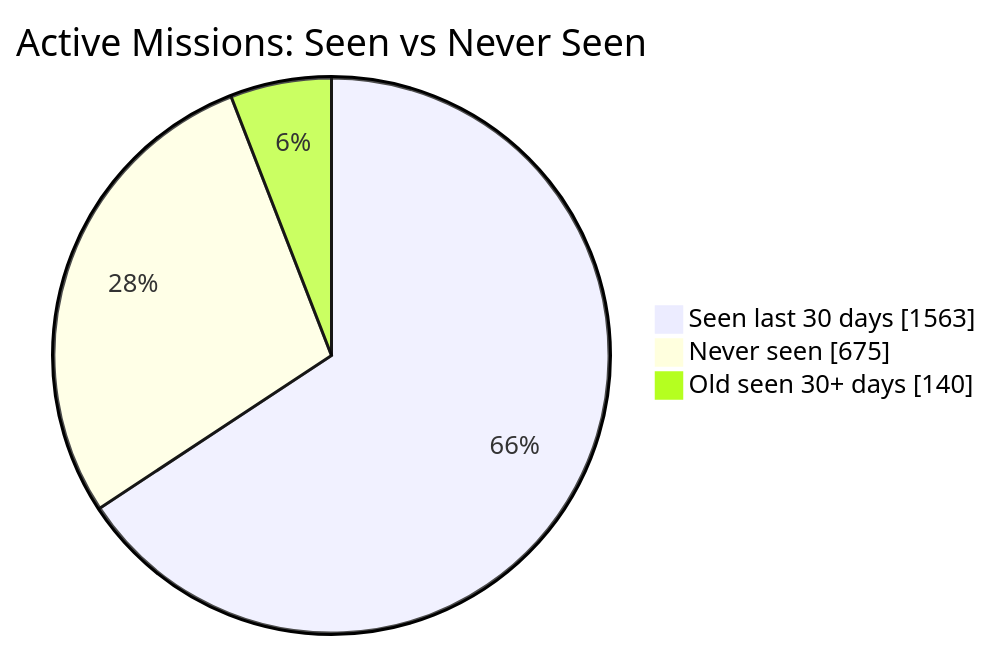
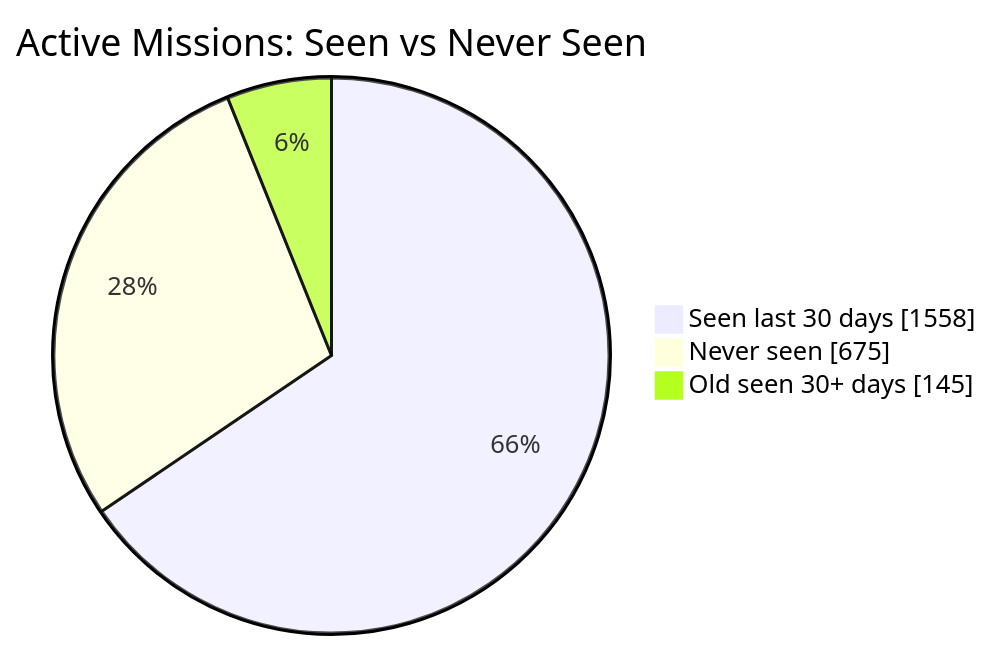
The first of 2 diagrams in README.md (MeldkamerspelGameTeam/active-missions), drawn with Mermaid before and after one commit. The commit also changed other lines of this file and 3 other files, not shown here.

````diff
--- a/README.md
+++ b/README.md
@@ -34,7 +34,7 @@
 ```mermaid
 pie showData
     title Active Missions: Seen vs Never Seen
-    "Seen last 30 days" : 1563
+    "Seen last 30 days" : 1558
     "Never seen" : 675
-    "Old seen 30+ days" : 140
+    "Old seen 30+ days" : 145
 ```
````
